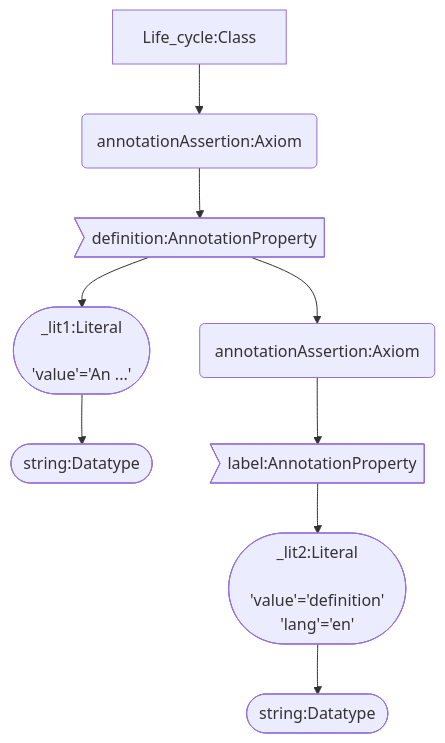
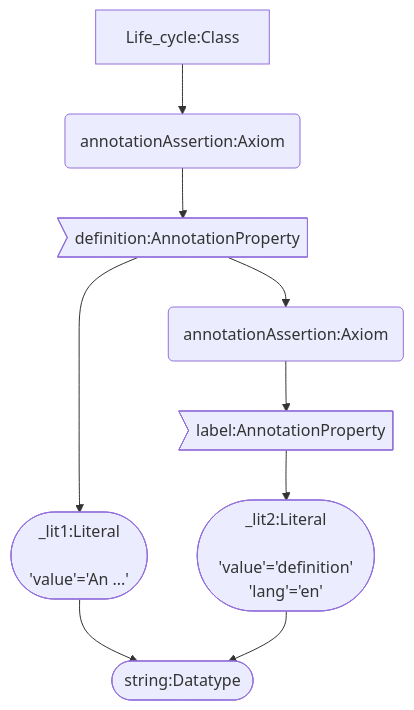
Before and after one commit to neobernad/owl_to_lpg: the fifth of 6 diagrams in docs/owl_to_lpg/README.md, drawn with Mermaid. The commit also changed 1 other file, not shown here.

Commit message:
Datatypes are resusable nodes; added queries.cypher

````diff
--- a/docs/owl_to_lpg/README.md
+++ b/docs/owl_to_lpg/README.md
@@ -139,13 +140,11 @@
 ```mermaid
 graph TB
-
-	LIFE_CYCLE["Life_cycle:Class"]:::cNode --> AX1("annotationAssertion:Axiom"):::aNode;
-	AX1 --> DEFINITION>"definition:AnnotationProperty"]:::pNode;
-	DEFINITION --> LITERAL1(["_lit1:Literal<br/> <br/>'value'='An ...'"]):::cNode;
-	LITERAL1 --> STRING_DT_1(["string:Datatype"]):::cNode;
-
-	DEFINITION --> AX2("annotationAssertion:Axiom"):::aNode;
-	AX2 --> LABEL1>"label:AnnotationProperty"]:::pNode;
-	LABEL1 --> LITERAL2(["_lit2:Literal<br/> <br/>'value'='definition'<br/>'lang'='en'"]):::cNode;
-	LITERAL2 --> STRING_DT_2(["string:Datatype"]):::cNode;
+    LIFE_CYCLE["Life_cycle:Class"]:::cNode --> AX1("annotationAssertion:Axiom"):::aNode;
+    AX1 --> DEFINITION>"definition:AnnotationProperty"]:::pNode;
+    DEFINITION --> LITERAL1(["_lit1:Literal<br/> <br/>'value'='An ...'"]):::cNode;
+    LITERAL1 --> STRING_DT(["string:Datatype"]):::cNode;
+    DEFINITION --> AX2("annotationAssertion:Axiom"):::aNode;
+    AX2 --> LABEL1>"label:AnnotationProperty"]:::pNode;
+    LABEL1 --> LITERAL2(["_lit2:Literal<br/> <br/>'value'='definition'<br/>'lang'='en'"]):::cNode;
+    LITERAL2 --> STRING_DT(["string:Datatype"]):::cNode;
 ```
````
